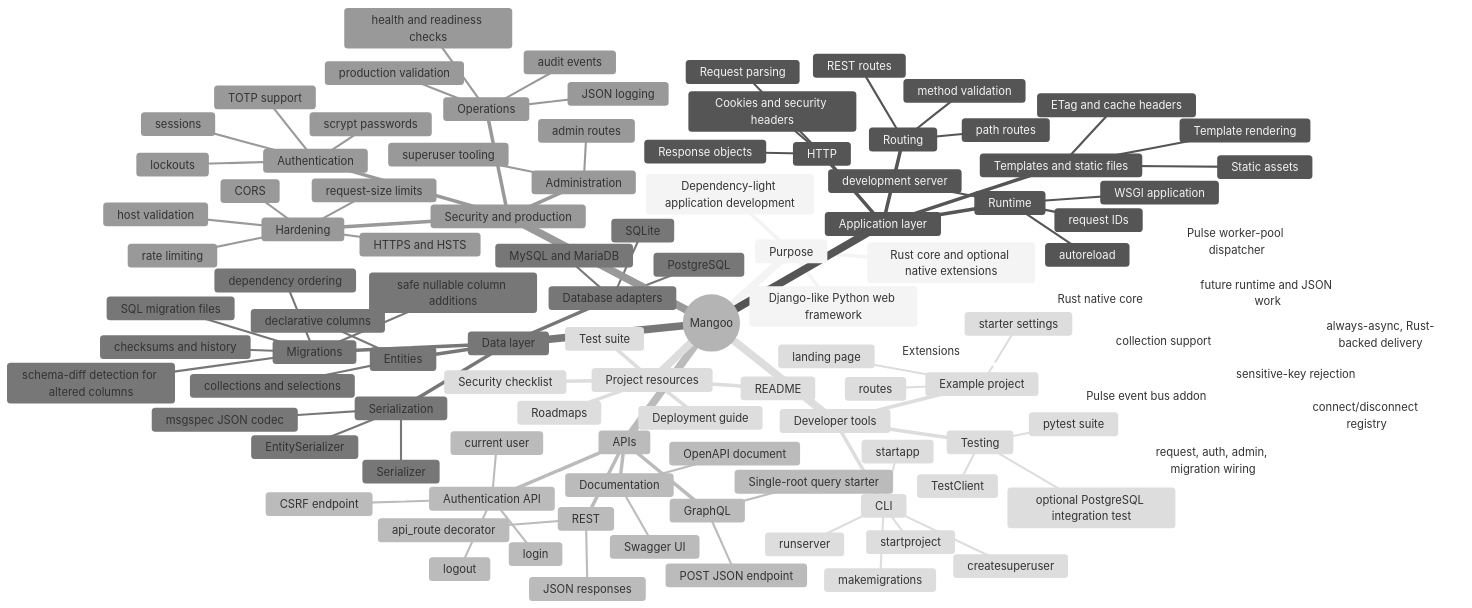
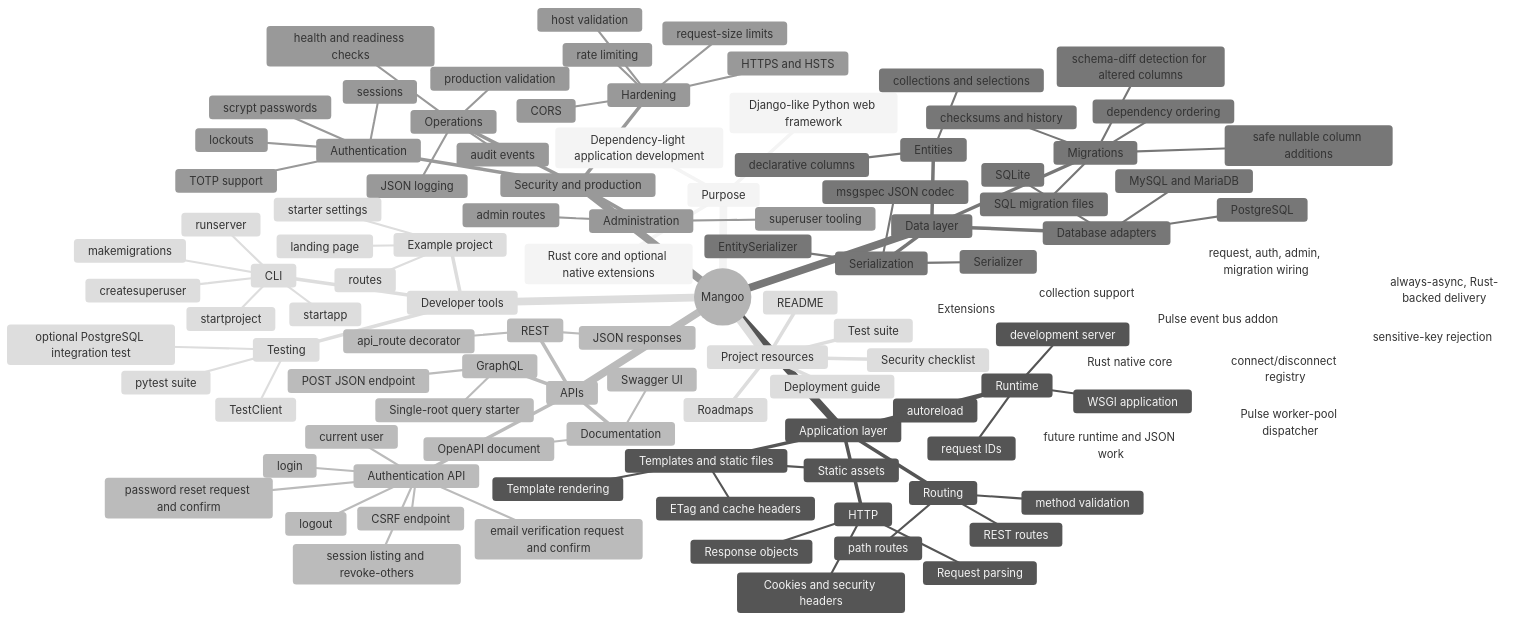
One commit to P-Sudhakar-tech/HayaVega changed the diagram in PROJECT_MINDMAP.md. Above: the diagram before and after it, drawn with Mermaid (neutral theme). The commit also changed 8 other files, not shown here.

First line of the commit message:
feat: add password reset, email verification, and session management

```diff
--- a/PROJECT_MINDMAP.md
+++ b/PROJECT_MINDMAP.md
@@ -40,6 +40,9 @@
         current user
         logout
         CSRF endpoint
+        password reset request and confirm
+        email verification request and confirm
+        session listing and revoke-others
     Data layer
       Entities
         declarative columns
```
